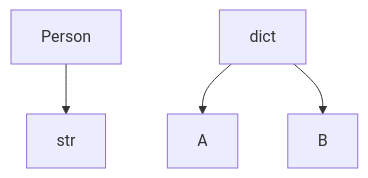
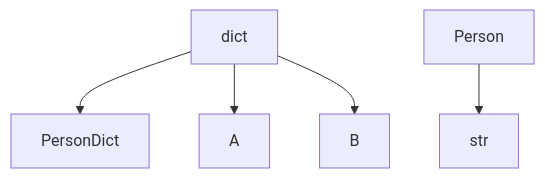
Before and after one commit to luxuncang/typegraph: the first of 3 diagrams in README.md, drawn with Mermaid. The commit also changed other lines of this file and 4 other files, not shown here.

````diff
--- a/README.md
+++ b/README.md
@@ -109,6 +129,7 @@
 ```mermaid
 graph TD;
-Person-->str
+dict-->PersonDict
 dict-->A
 dict-->B
+Person-->str
 ```
````
